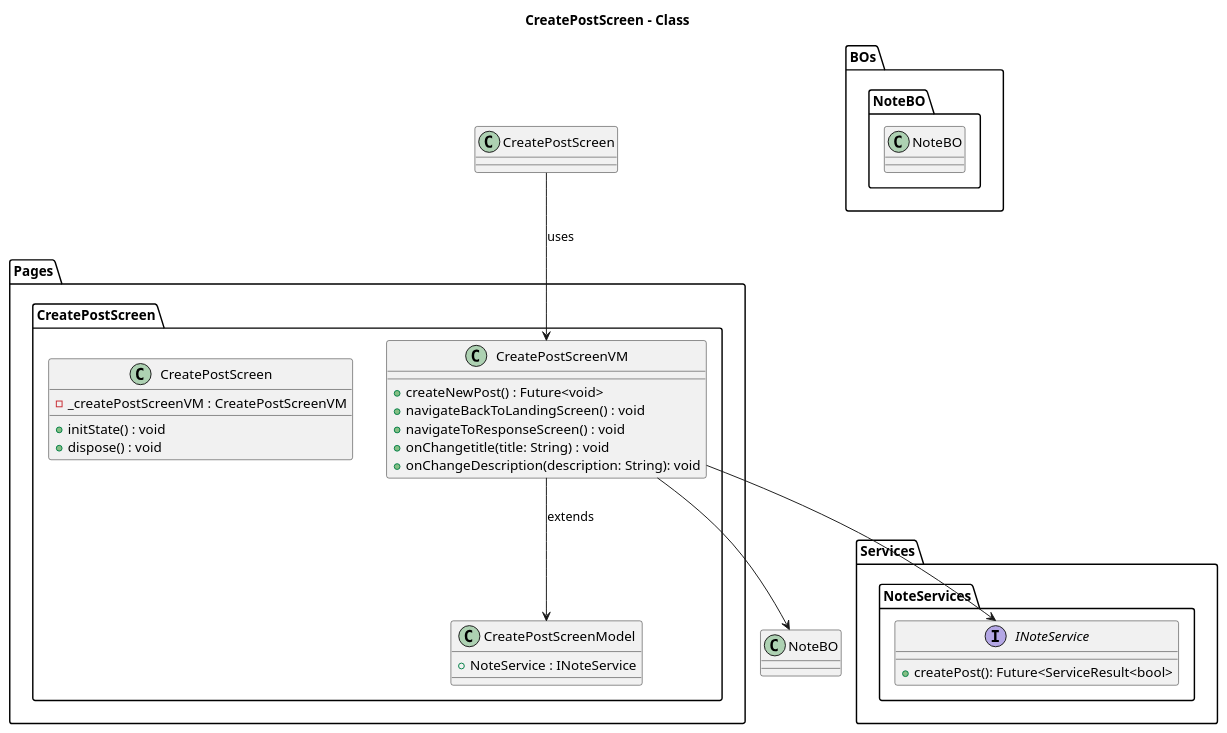
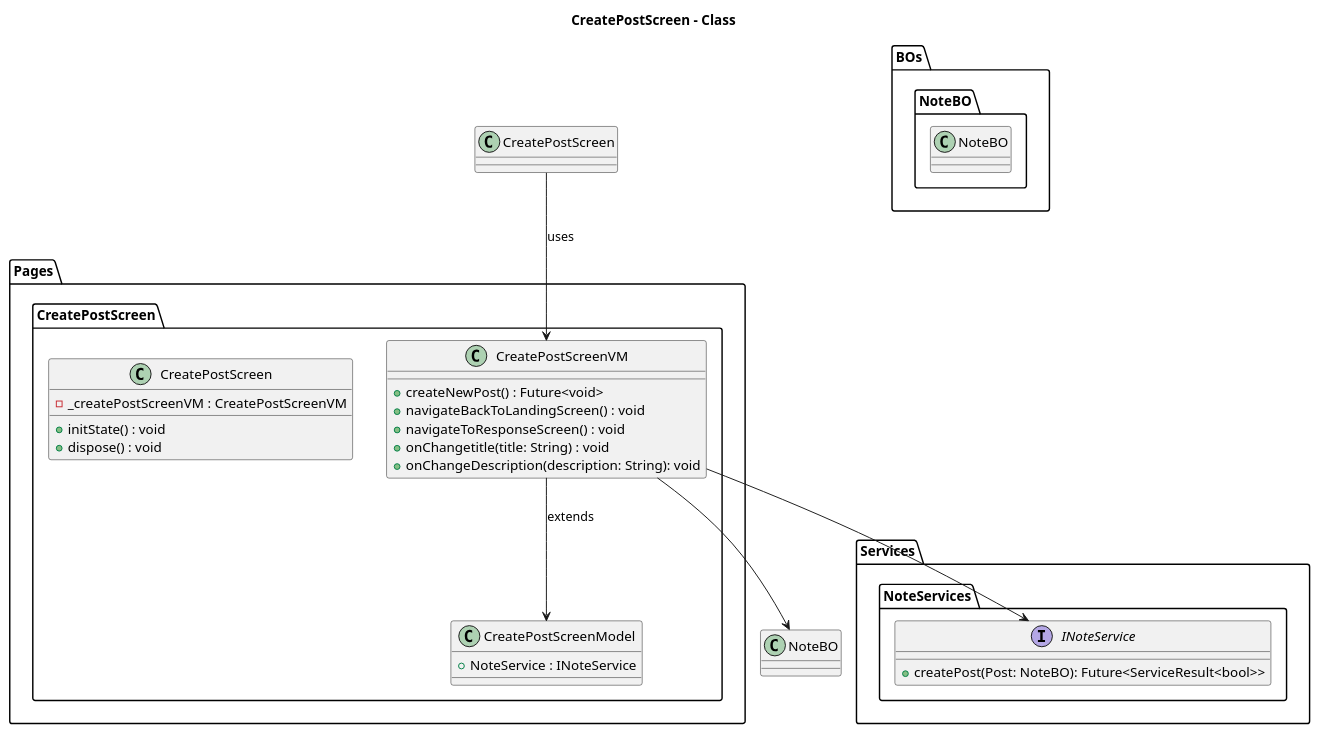
Before and after one commit to ThirumuruganArumugam/social_media: the diagram in lib/Pages/CreatePostScreen/Design/CreatePostScreen-Class.puml, drawn with PlantUML. The commit also changed 3 other files, not shown here.

Commit message:
updated class diagram final

```diff
--- a/lib/Pages/CreatePostScreen/Design/CreatePostScreen-Class.puml
+++ b/lib/Pages/CreatePostScreen/Design/CreatePostScreen-Class.puml
@@ -1,44 +1,44 @@
 @startuml CreatePostScreen - Class
 
 title **CreatePostScreen - Class**
 
 package Pages{
     package CreatePostScreen{
         class CreatePostScreenModel{
             + NoteService : INoteService
         }
         class CreatePostScreenVM{
             + createNewPost() : Future<void>
             + navigateBackToLandingScreen() : void
             + navigateToResponseScreen() : void
             + onChangetitle(title: String) : void
             + onChangeDescription(description: String): void
         }
         class CreatePostScreen{
             - _createPostScreenVM : CreatePostScreenVM
             + initState() : void
             + dispose() : void
         }
     }
 }
 
 package Services{
     package NoteServices{
         interface INoteService{
-            + createPost(): Future<ServiceResult<bool>
+            + createPost(Post: NoteBO): Future<ServiceResult<bool>>
         }
     }
 }
 
 package BOs{
     package NoteBO{
         class NoteBO{
         }
     }
 }
 
 CreatePostScreenVM --> NoteBO 
 CreatePostScreenVM --> INoteService 
 CreatePostScreenVM --> CreatePostScreenModel : extends
 CreatePostScreen --> CreatePostScreenVM : uses
 @enduml
```
